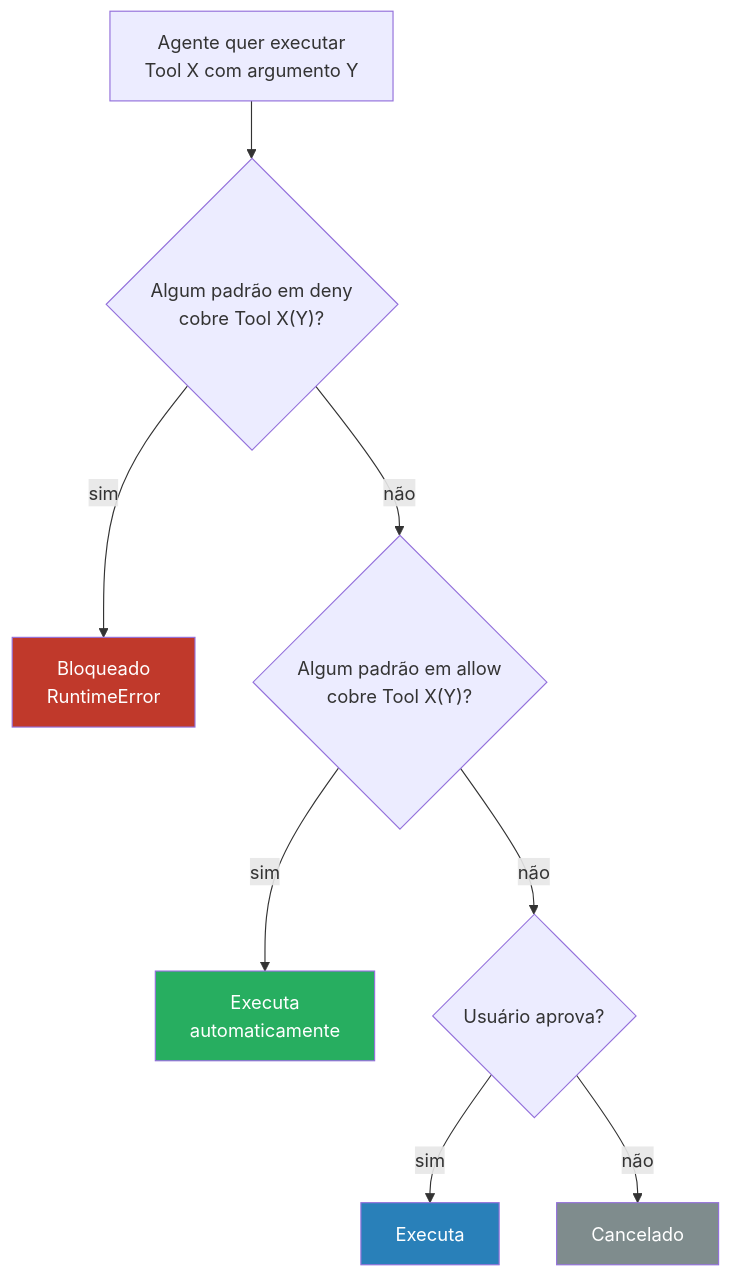
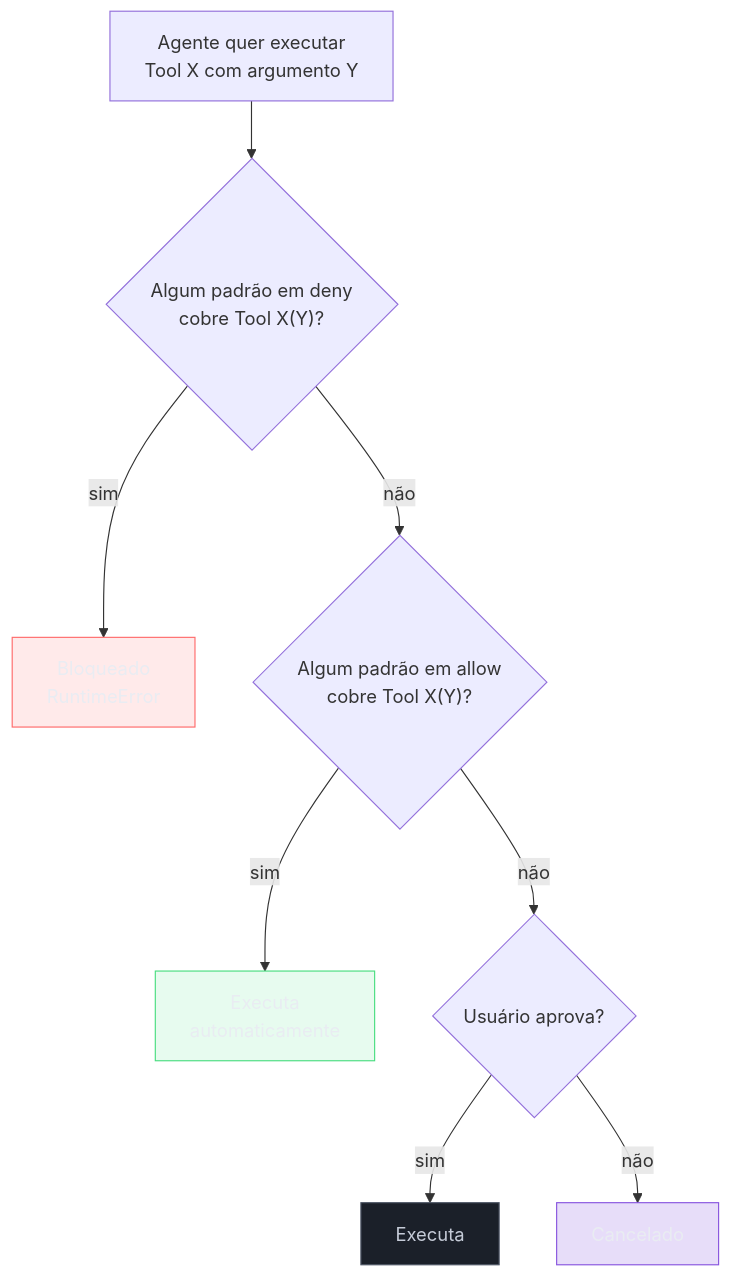
One commit to josenaldo/codex-technomanticus changed the second of 2 diagrams in 03-Dominios/Tecnologia/IA/Claude Code/Configuração/05 - Permissions.md. Above: the diagram before and after it, drawn with Mermaid. The commit also changed 1181 other files, not shown here.

First line of the commit message:
fix(diagramas): paleta do sistema no lugar de cor cravada no markdown

````diff
--- a/03-Dominios/Tecnologia/IA/Claude Code/Configuração/05 - Permissions.md
+++ b/03-Dominios/Tecnologia/IA/Claude Code/Configuração/05 - Permissions.md
@@ -193,24 +193,28 @@
 ```mermaid
 flowchart TD
+    classDef falha fill:#FF6B6B24,stroke:#FF6B6B,color:#E9ECF2
+    classDef ok fill:#4ADE8021,stroke:#4ADE80,color:#E9ECF2
+    classDef neutro fill:#1B2029,stroke:#4E5666,color:#C6CCD8
+    classDef marca fill:#8855DF33,stroke:#8855DF,color:#E9ECF2
     AgentWant["Agente quer executar\nTool X com argumento Y"]
     CheckDeny{"Algum padrão em deny\ncobre Tool X(Y)?"}
     DenyBlock["Bloqueado\nRuntimeError"]
     CheckAllow{"Algum padrão em allow\ncobre Tool X(Y)?"}
     AutoExec["Executa\nautomaticamente"]
     AskUser{"Usuário aprova?"}
     ExecAfterApproval["Executa"]
     Abort["Cancelado"]
 
     AgentWant --> CheckDeny
     CheckDeny -- "sim" --> DenyBlock
     CheckDeny -- "não" --> CheckAllow
     CheckAllow -- "sim" --> AutoExec
     CheckAllow -- "não" --> AskUser
     AskUser -- "sim" --> ExecAfterApproval
     AskUser -- "não" --> Abort
 
-    style DenyBlock fill:#c0392b,color:#fff
-    style AutoExec fill:#27ae60,color:#fff
-    style ExecAfterApproval fill:#2980b9,color:#fff
-    style Abort fill:#7f8c8d,color:#fff
+    class DenyBlock falha
+    class AutoExec ok
+    class ExecAfterApproval neutro
+    class Abort marca
 ```
````
